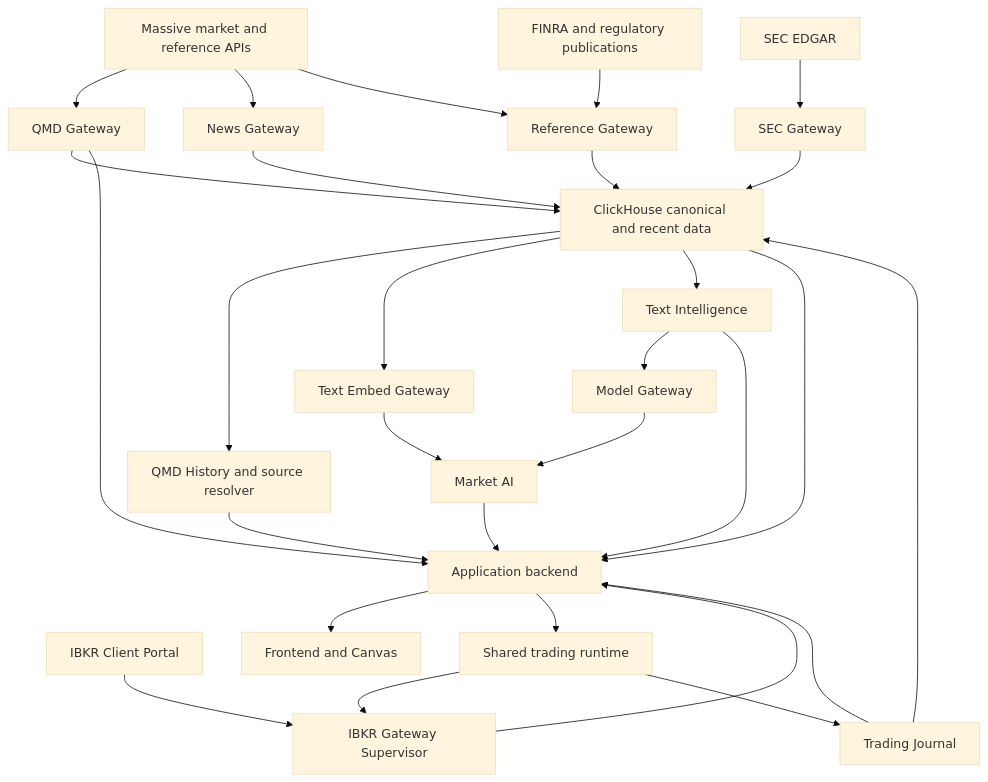
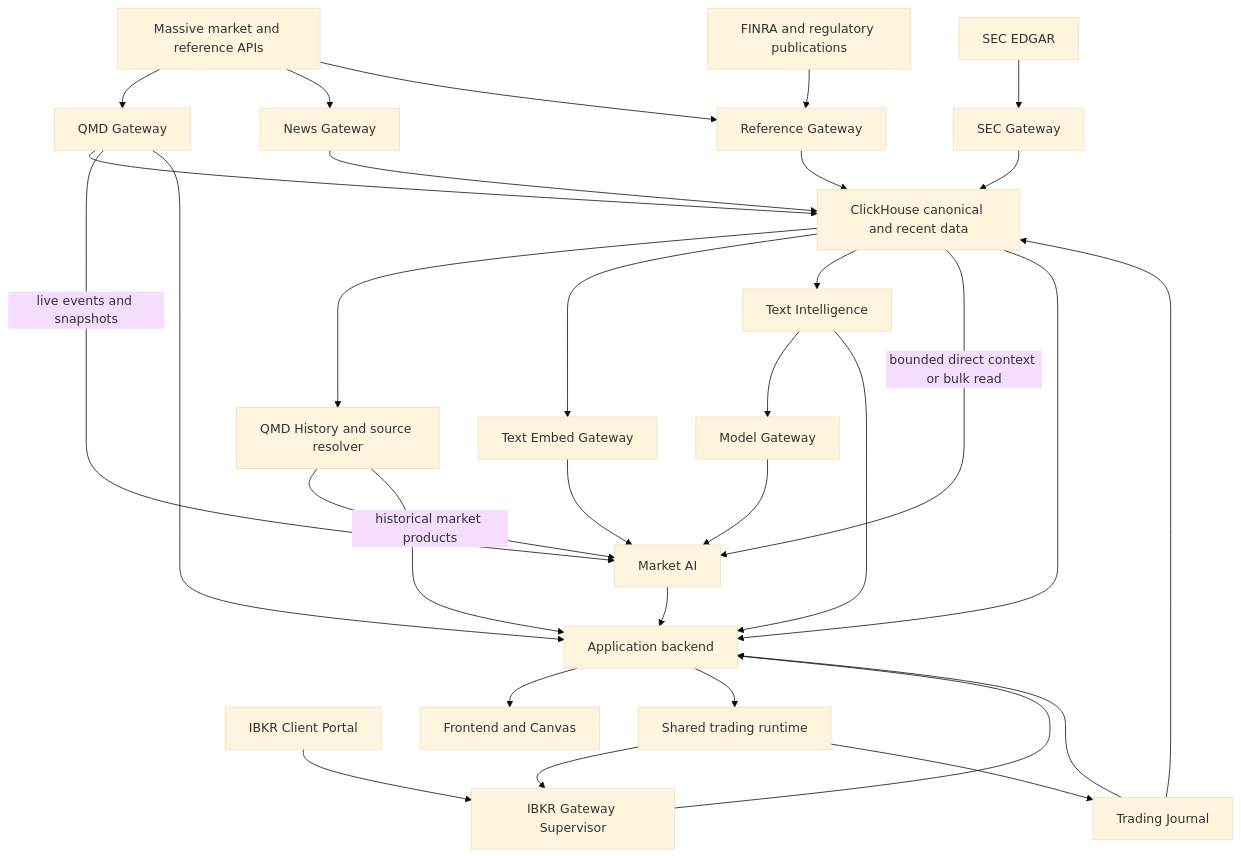
The diagram in docs/2026-08-10-application-architecture/02-system-context-and-services.md (farajimhd/quant-research-workbench), drawn with Mermaid (base theme) before and after one commit. The commit also changed other lines of this file and 5 other files, not shown here.

````diff
--- a/docs/2026-08-10-application-architecture/02-system-context-and-services.md
+++ b/docs/2026-08-10-application-architecture/02-system-context-and-services.md
@@ -7,35 +7,38 @@
 ```mermaid
 flowchart TD
     A["Massive market and reference APIs"] --> Q["QMD Gateway"]
     A --> N["News Gateway"]
     A --> R["Reference Gateway"]
     B["SEC EDGAR"] --> S["SEC Gateway"]
     C["FINRA and regulatory publications"] --> R
     D["IBKR Client Portal"] --> I["IBKR Gateway Supervisor"]
 
     Q --> CH["ClickHouse canonical and recent data"]
     N --> CH
     R --> CH
     S --> CH
 
     CH --> QH["QMD History and source resolver"]
     CH --> TE["Text Embed Gateway"]
     CH --> TI["Text Intelligence"]
+    CH -->|"bounded direct context or bulk read"| MA["Market AI"]
+    Q -->|"live events and snapshots"| MA
+    QH -->|"historical market products"| MA
     TI --> MG["Model Gateway"]
-    TE --> MA["Market AI"]
+    TE --> MA
     MG --> MA
 
     Q --> API["Application backend"]
     QH --> API
     CH --> API
     TI --> API
     MA --> API
     I --> API
 
     API --> UI["Frontend and Canvas"]
     API --> TR["Shared trading runtime"]
     TR --> I
     TR --> TJ["Trading Journal"]
     TJ --> CH
     TJ --> API
 ```
````
